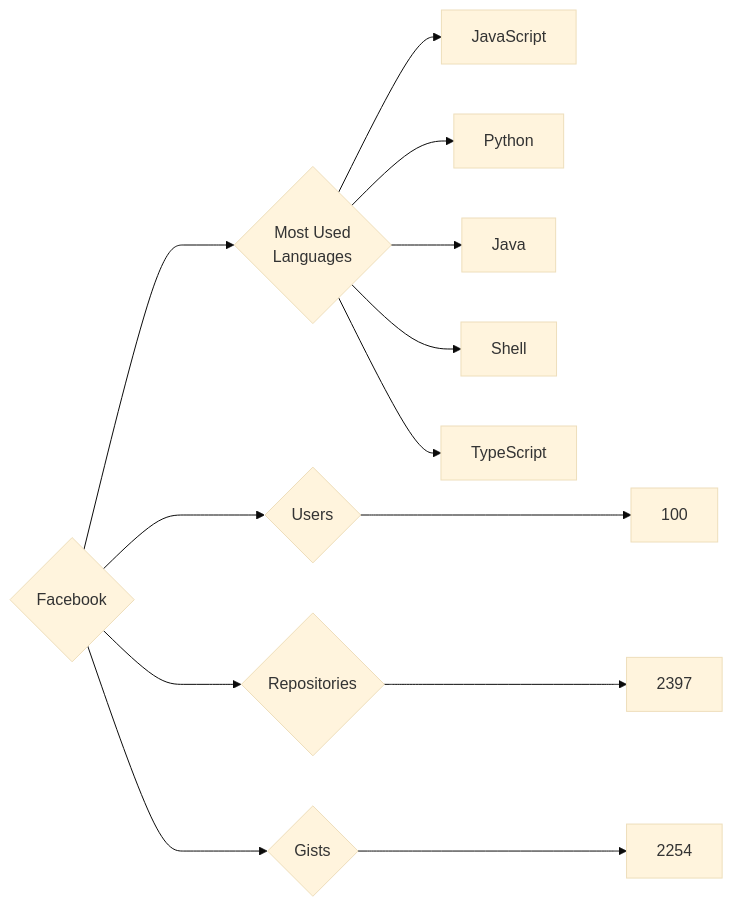
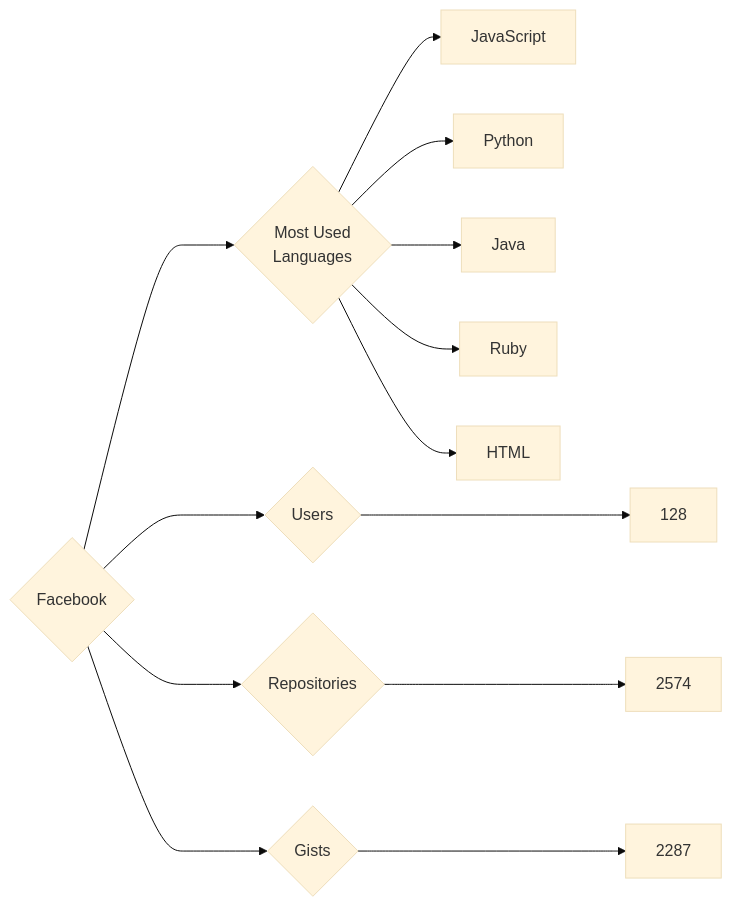
Before and after one commit to trickest/insiders: the diagram in targets/Facebook/README.md, drawn with Mermaid (base theme). The commit also changed 545 other files, not shown here.

````diff
--- a/targets/Facebook/README.md
+++ b/targets/Facebook/README.md
@@ -3,13 +3,13 @@
 ```mermaid
 graph LR
 COMPANY_NAME{Facebook}
-COMPANY_NAME ---> U{Users} ---> UN[100]
-COMPANY_NAME ---> R{Repositories} ---> RN[2397]
-COMPANY_NAME ---> G{Gists} ---> GN[2254]
+COMPANY_NAME ---> U{Users} ---> UN[128]
+COMPANY_NAME ---> R{Repositories} ---> RN[2574]
+COMPANY_NAME ---> G{Gists} ---> GN[2287]
 COMPANY_NAME ---> ML{Most Used<br>Languages}
 ML --> JavaScript[JavaScript]
 ML --> Python[Python]
 ML --> Java[Java]
-ML --> Shell[Shell]
-ML --> TypeScript[TypeScript]
+ML --> Ruby[Ruby]
+ML --> HTML[HTML]
 ```
````
